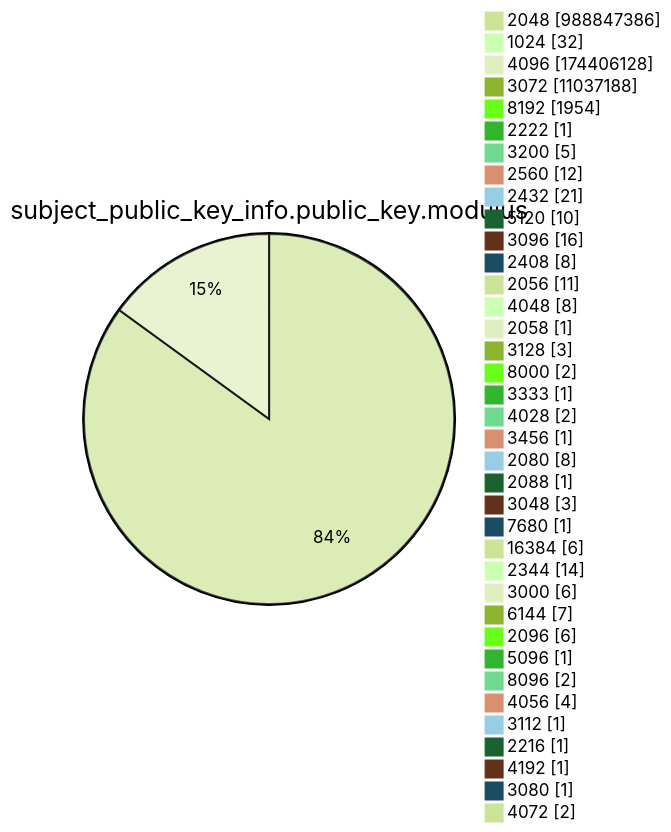
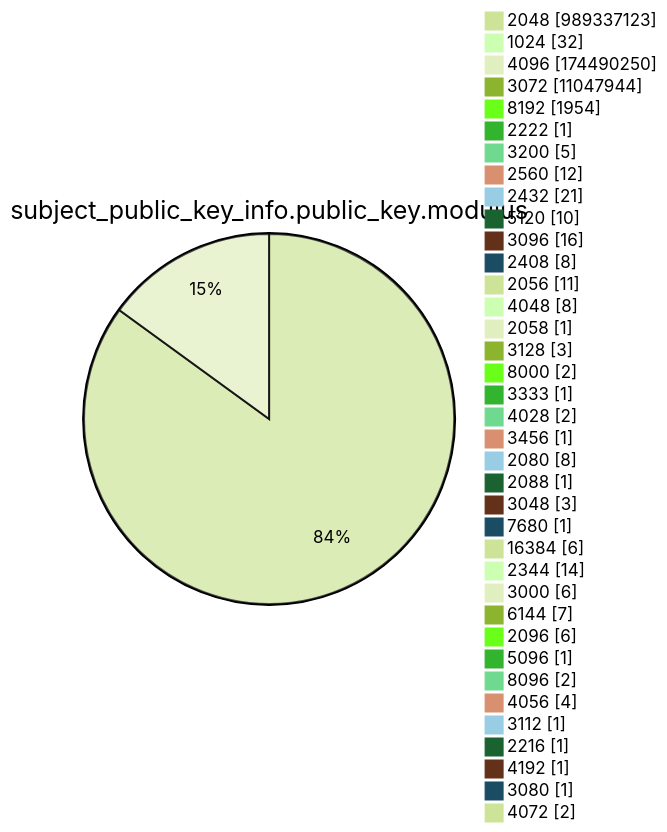
Diagram 13 of 15 in argon2022/README.md (christiankrug/ctmonitor_visualization), drawn with Mermaid (forest theme) before and after one commit. The commit also changed other lines of this file, not shown here.

````diff
--- a/argon2022/README.md
+++ b/argon2022/README.md
@@ -3587,41 +3587,41 @@
 ```mermaid
 pie showData
 title subject_public_key_info.public_key.modulus
-"2048" :988847386
+"2048" :989337123
 "1024" :32
-"4096" :174406128
-"3072" :11037188
+"4096" :174490250
+"3072" :11047944
 "8192" :1954
 "2222" :1
 "3200" :5
 "2560" :12
 "2432" :21
 "5120" :10
 "3096" :16
 "2408" :8
 "2056" :11
 "4048" :8
 "2058" :1
 "3128" :3
 "8000" :2
 "3333" :1
 "4028" :2
 "3456" :1
 "2080" :8
 "2088" :1
 "3048" :3
 "7680" :1
 "16384" :6
 "2344" :14
 "3000" :6
 "6144" :7
 "2096" :6
 "5096" :1
 "8096" :2
 "4056" :4
 "3112" :1
 "2216" :1
 "4192" :1
 "3080" :1
 "4072" :2
 ```
````
